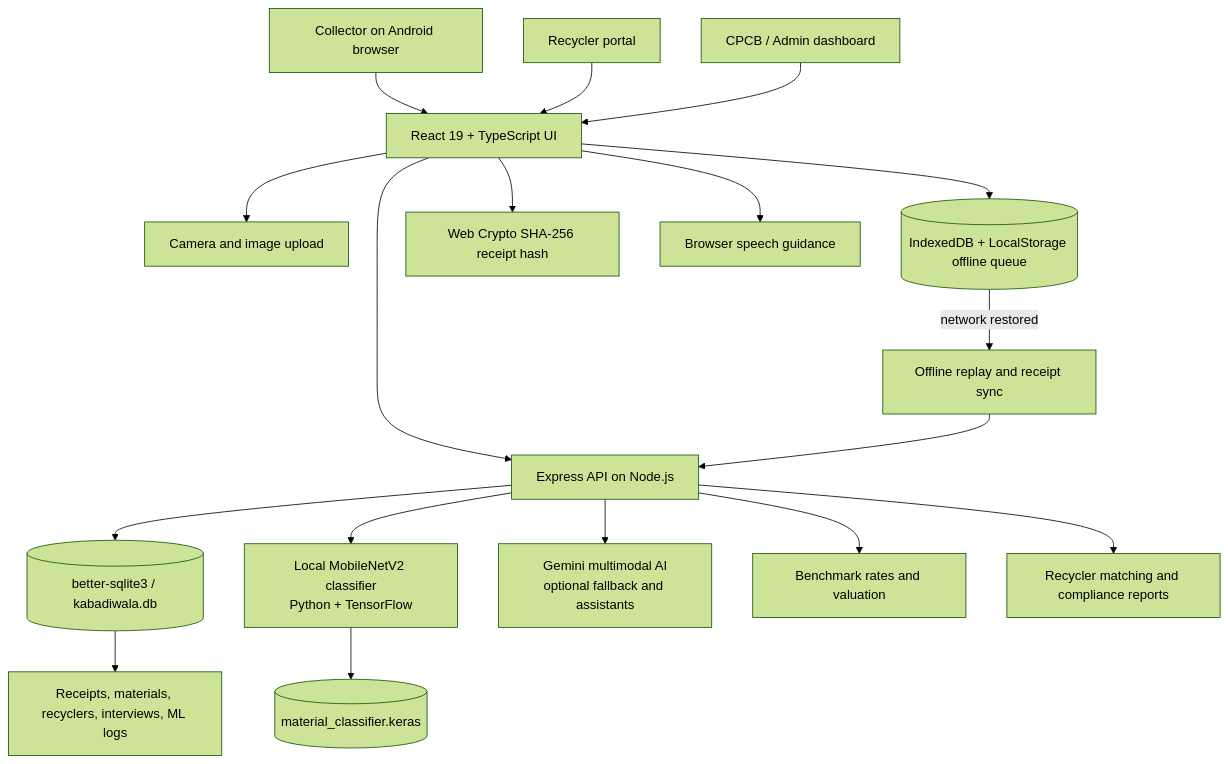
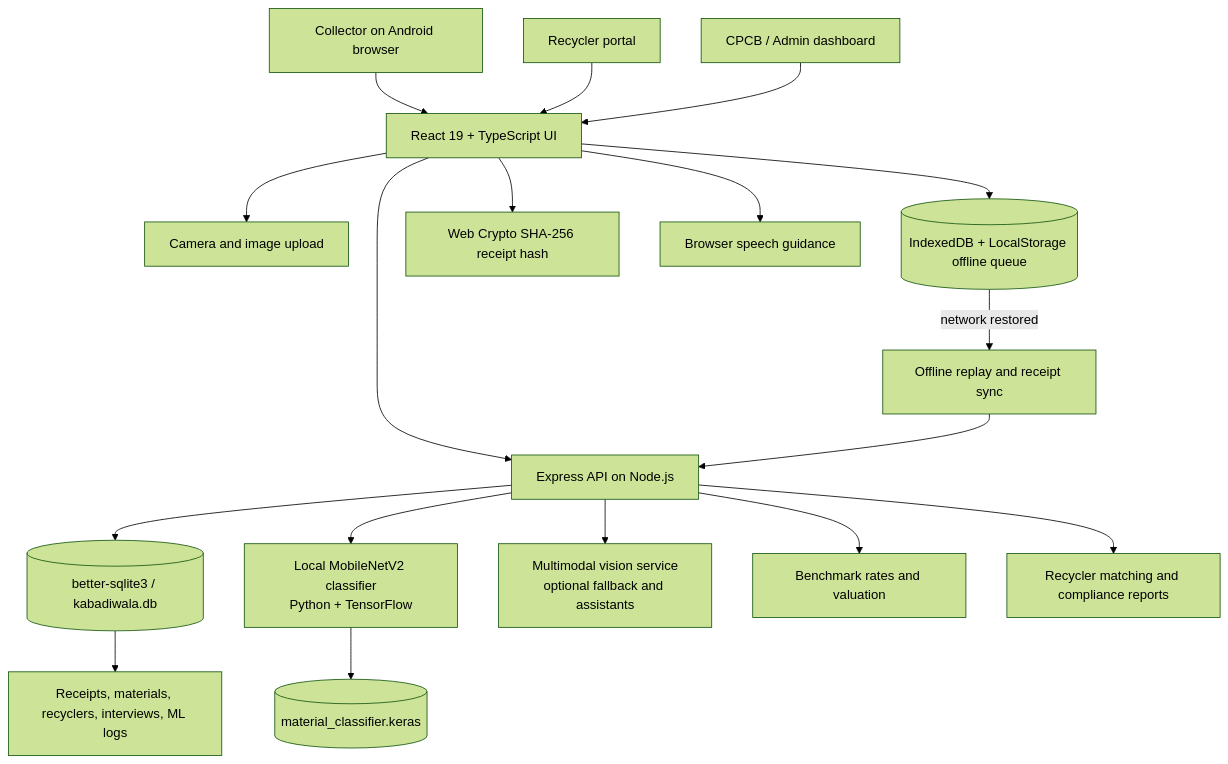
The diagram in README.md (srishtipandey1/kabadiwala-connect), drawn with Mermaid (forest theme) before and after one commit. The commit also changed other lines of this file and 1 other file, not shown here.

````diff
--- a/README.md
+++ b/README.md
@@ -41,24 +41,24 @@
 ```mermaid
 graph TD
     Collector[Collector on Android browser] --> UI[React 19 + TypeScript UI]
     Recycler[Recycler portal] --> UI
     Admin[CPCB / Admin dashboard] --> UI
 
     UI --> Camera[Camera and image upload]
     UI --> Local[(IndexedDB + LocalStorage offline queue)]
     UI --> API[Express API on Node.js]
     UI --> Crypto[Web Crypto SHA-256 receipt hash]
     UI --> Speech[Browser speech guidance]
 
     Local -->|network restored| Replay[Offline replay and receipt sync]
     Replay --> API
 
     API --> SQLite[(better-sqlite3 / kabadiwala.db)]
     API --> ML[Local MobileNetV2 classifier\nPython + TensorFlow]
-    API --> Gemini[Gemini multimodal AI\noptional fallback and assistants]
+    API --> Vision[Multimodal vision service\noptional fallback and assistants]
 
     ML --> Model[(material_classifier.keras)]
     SQLite --> Ledger[Receipts, materials, recyclers, interviews, ML logs]
     API --> Price[Benchmark rates and valuation]
     API --> Match[Recycler matching and compliance reports]
 ```
````
